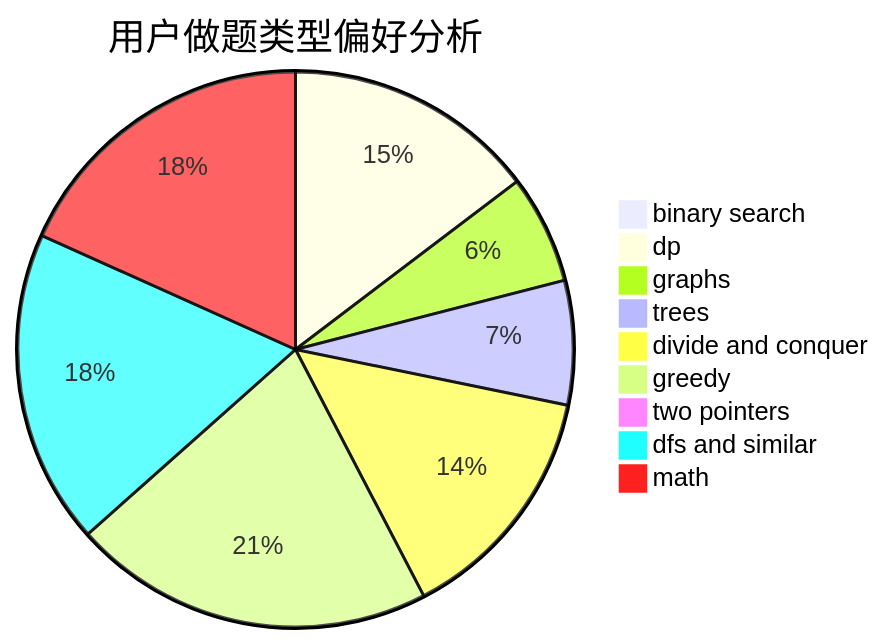
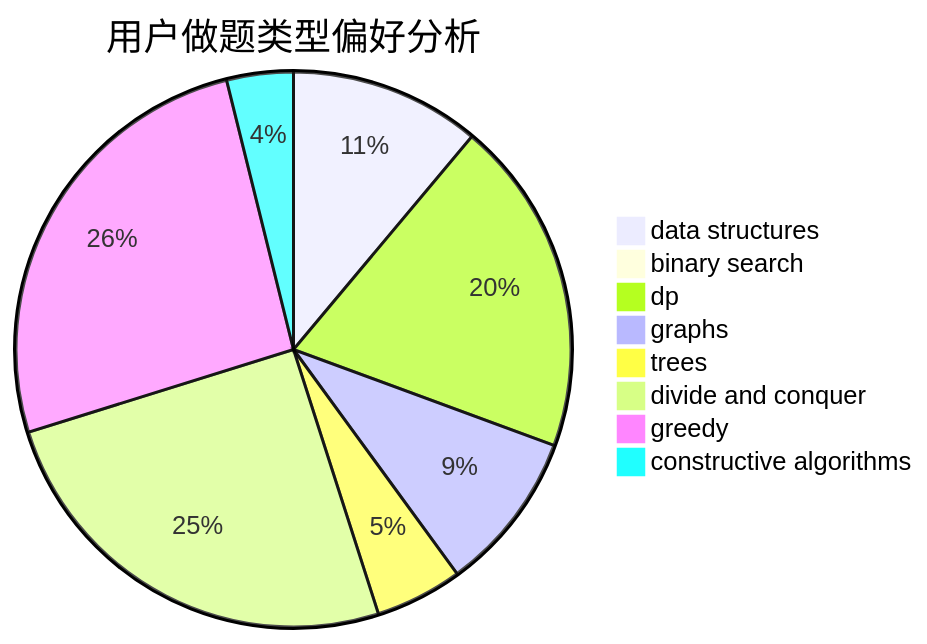
Before and after one commit to sherpahu/cfrs.github.io: the second of 3 diagrams in docs/user/u794.md, drawn with Mermaid. The commit also changed other lines of this file and 2775 other files, not shown here.

````diff
--- a/docs/user/u794.md
+++ b/docs/user/u794.md
@@ -23,12 +23,11 @@
 ```mermaid
 pie title 用户做题类型偏好分析
-    "binary search" :  6
-    "dp" :  195
-    "graphs" :  84
-    "trees" :  96
+    "data structures" :  83
+    "binary search" :  0
+    "dp" :  146
+    "graphs" :  70
+    "trees" :  38
     "divide and conquer" :  188
-    "greedy" :  280
-    "two pointers" :  3
-    "dfs and similar" :  243
-    "math" :  243
+    "greedy" :  194
+    "constructive algorithms" :  29
 ```
````
